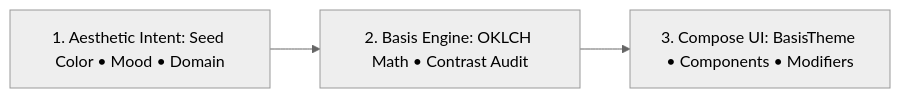
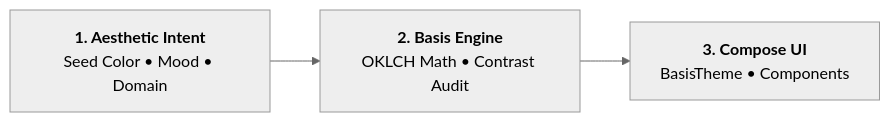
Before and after one commit to alph-a07/basis: the diagram in docs/docs-site/src/content/docs/getting-started/overview.mdx, drawn with Mermaid (neutral theme). The commit also changed 8 other files, not shown here.

Commit message:
fix(docs): resolve tiny mermaid scaling and text truncation

````diff
--- a/docs/docs-site/src/content/docs/getting-started/overview.mdx
+++ b/docs/docs-site/src/content/docs/getting-started/overview.mdx
@@ -13,5 +13,5 @@
 ```mermaid
 flowchart LR
-    A["1. Aesthetic Intent: Seed Color • Mood • Domain"] --> B["2. Basis Engine: OKLCH Math • Contrast Audit"]
-    B --> C["3. Compose UI: BasisTheme • Components • Modifiers"]
+    A["<b>1. Aesthetic Intent</b><br/>Seed Color • Mood • Domain"] --> B["<b>2. Basis Engine</b><br/>OKLCH Math • Contrast Audit"]
+    B --> C["<b>3. Compose UI</b><br/>BasisTheme • Components"]
 ```
````
